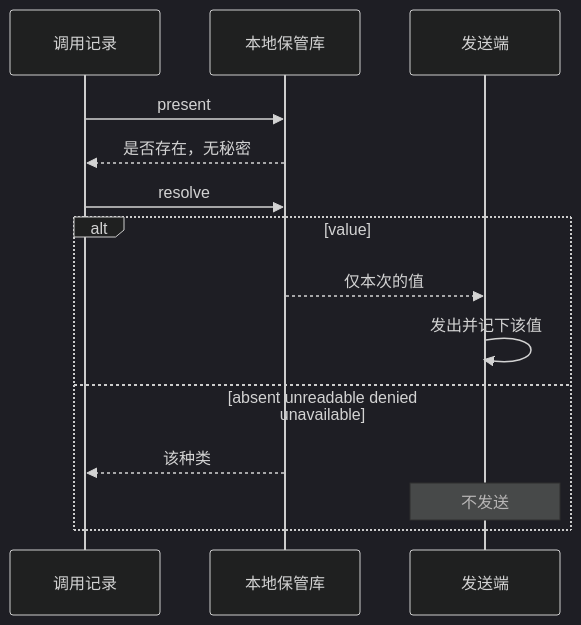
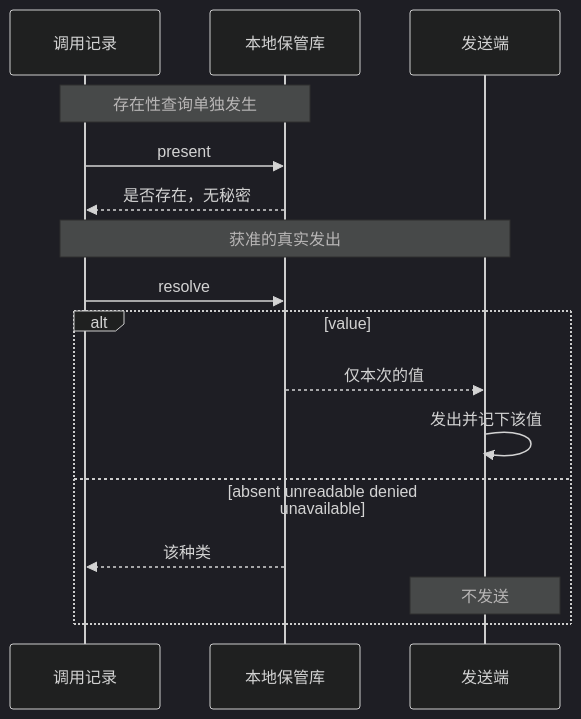
One commit to nemori-ai/omne-harness-lite changed the seventh of 7 diagrams in packages/model/model/docs/key-flow.md. Above: the diagram before and after it, drawn with Mermaid (dark theme). The commit also changed other lines of this file and 3 other files, not shown here.

````diff
--- a/packages/model/model/docs/key-flow.md
+++ b/packages/model/model/docs/key-flow.md
@@ -300,16 +300,18 @@
 ```mermaid
 sequenceDiagram
   participant Call as 调用记录
   participant Keep as 本地保管库
   participant Send as 发送端
+  Note over Call,Keep: 存在性查询单独发生
   Call->>Keep: present
   Keep-->>Call: 是否存在，无秘密
+  Note over Call,Send: 获准的真实发出
   Call->>Keep: resolve
   alt value
     Keep-->>Send: 仅本次的值
     Send->>Send: 发出并记下该值
   else absent unreadable denied unavailable
     Keep-->>Call: 该种类
     Note over Send: 不发送
   end
 ```
````
